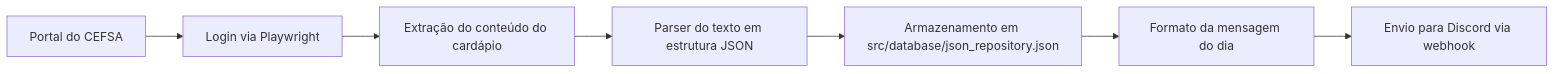
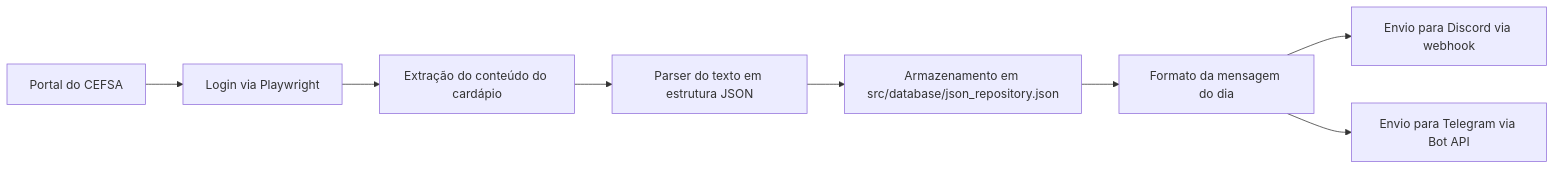
Before and after one commit to GabSkyDev/cefsa_menu_etl: the diagram in README.md, drawn with Mermaid. The commit also changed other lines of this file, not shown here.

Commit message:
feat: enhance README to include Telegram integration for menu updates

````diff
--- a/README.md
+++ b/README.md
@@ -69,9 +72,10 @@
 ```mermaid
 flowchart LR
     A[Portal do CEFSA] --> B[Login via Playwright]
     B --> C[Extração do conteúdo do cardápio]
     C --> D[Parser do texto em estrutura JSON]
     D --> E[Armazenamento em src/database/json_repository.json]
     E --> F[Formato da mensagem do dia]
     F --> G[Envio para Discord via webhook]
+    F --> H[Envio para Telegram via Bot API]
 ```
````
